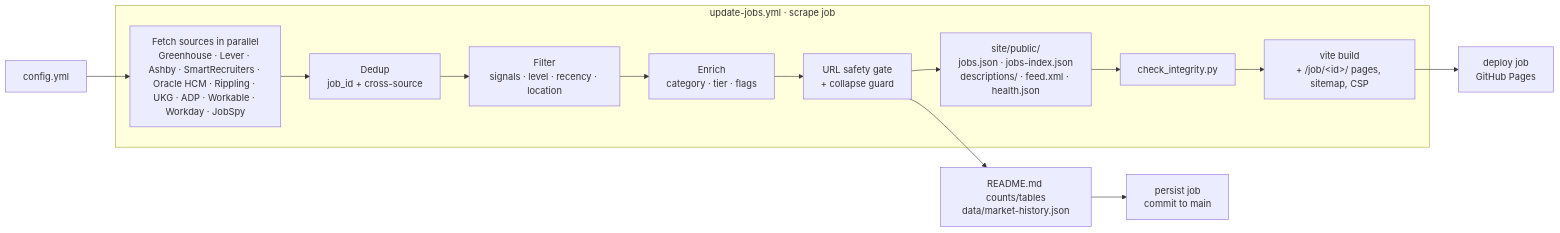
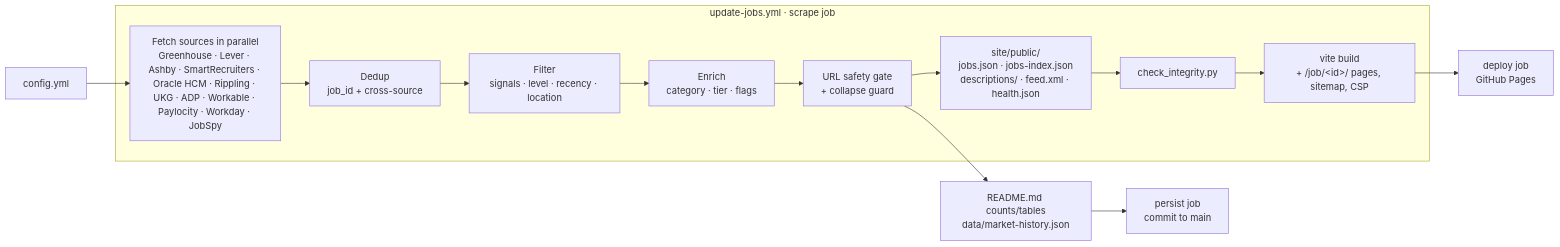
One commit to ambicuity/New-Grad-Jobs changed the diagram in docs/architecture.md. Above: the diagram before and after it, drawn with Mermaid. The commit also changed other lines of this file and 24 other files, not shown here.

First line of the commit message:
feat(sources): add a Paylocity source with 9 verified direct employers (#414)

````diff
--- a/docs/architecture.md
+++ b/docs/architecture.md
@@ -9,16 +9,16 @@
 ```mermaid
 flowchart LR
     cfg[config.yml] --> fetch
     subgraph scrape["update-jobs.yml · scrape job"]
-        fetch["Fetch sources in parallel<br/>Greenhouse · Lever · Ashby · SmartRecruiters · Oracle HCM · Rippling · UKG · ADP · Workable · Workday · JobSpy"] --> dedup[Dedup<br/>job_id + cross-source]
+        fetch["Fetch sources in parallel<br/>Greenhouse · Lever · Ashby · SmartRecruiters · Oracle HCM · Rippling · UKG · ADP · Workable · Paylocity · Workday · JobSpy"] --> dedup[Dedup<br/>job_id + cross-source]
         dedup --> filter[Filter<br/>signals · level · recency · location]
         filter --> enrich[Enrich<br/>category · tier · flags]
         enrich --> gate[URL safety gate<br/>+ collapse guard]
         gate --> out["site/public/<br/>jobs.json · jobs-index.json<br/>descriptions/ · feed.xml · health.json"]
         out --> check[check_integrity.py]
         check --> build["vite build<br/>+ /job/&lt;id&gt;/ pages, sitemap, CSP"]
     end
     build --> deploy[deploy job<br/>GitHub Pages]
     gate --> state[README.md counts/tables<br/>data/market-history.json]
     state --> persist[persist job<br/>commit to main]
 ```
````
